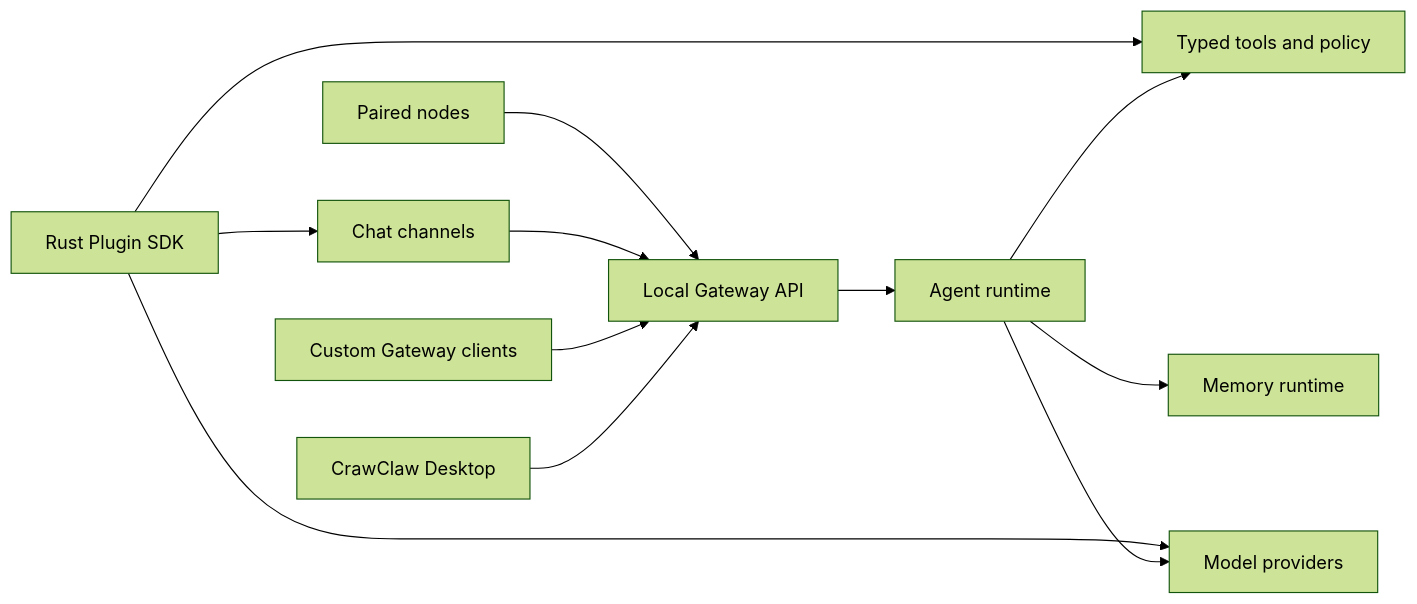
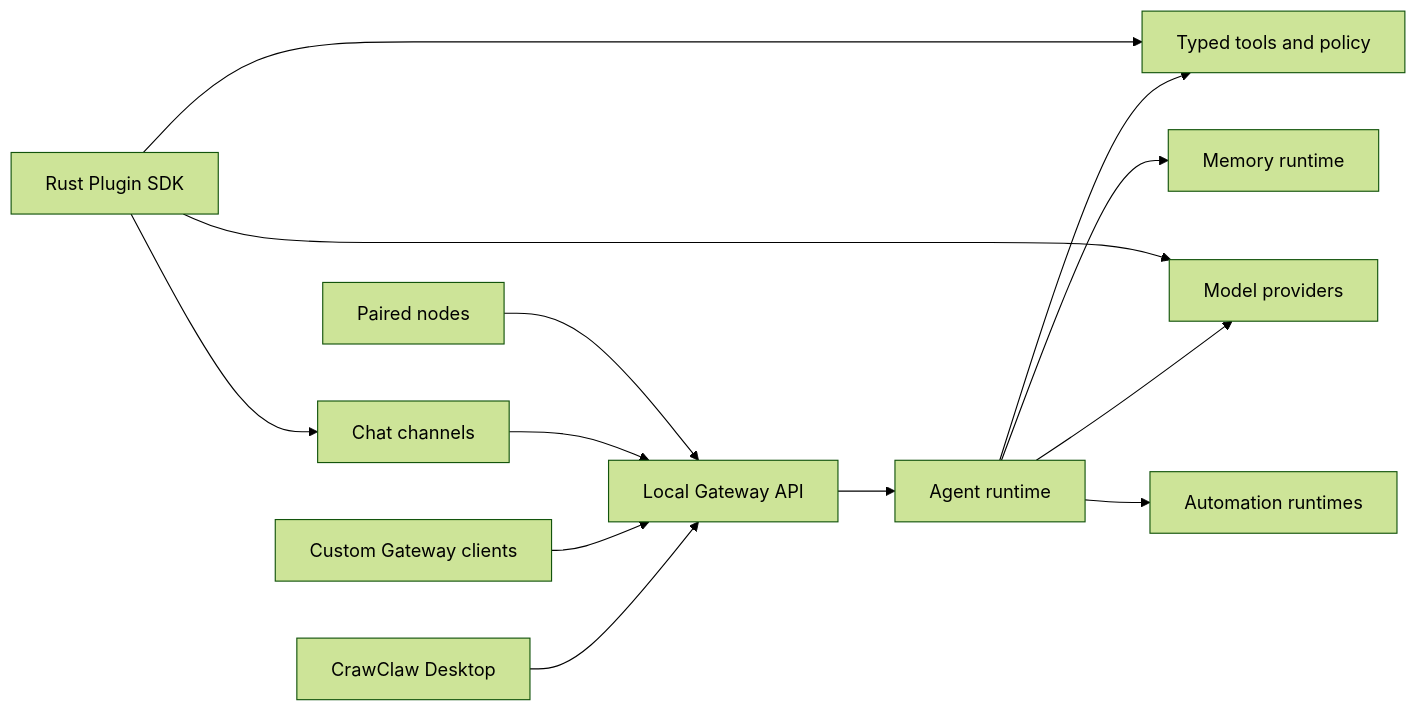
Before and after one commit to qianleigood/crawclaw: the diagram in README.md, drawn with Mermaid (forest theme). The commit also changed other lines of this file, not shown here.

````diff
--- a/README.md
+++ b/README.md
@@ -81,14 +104,15 @@
 ```mermaid
 flowchart LR
   Desktop["CrawClaw Desktop"] --> Gateway["Local Gateway API"]
   Clients["Custom Gateway clients"] --> Gateway
   Channels["Chat channels"] --> Gateway
   Nodes["Paired nodes"] --> Gateway
   Gateway --> Agent["Agent runtime"]
   Agent --> Tools["Typed tools and policy"]
   Agent --> Providers["Model providers"]
   Agent --> Memory["Memory runtime"]
+  Agent --> Automation["Automation runtimes"]
   Plugins["Rust Plugin SDK"] --> Channels
   Plugins --> Tools
   Plugins --> Providers
 ```
````
